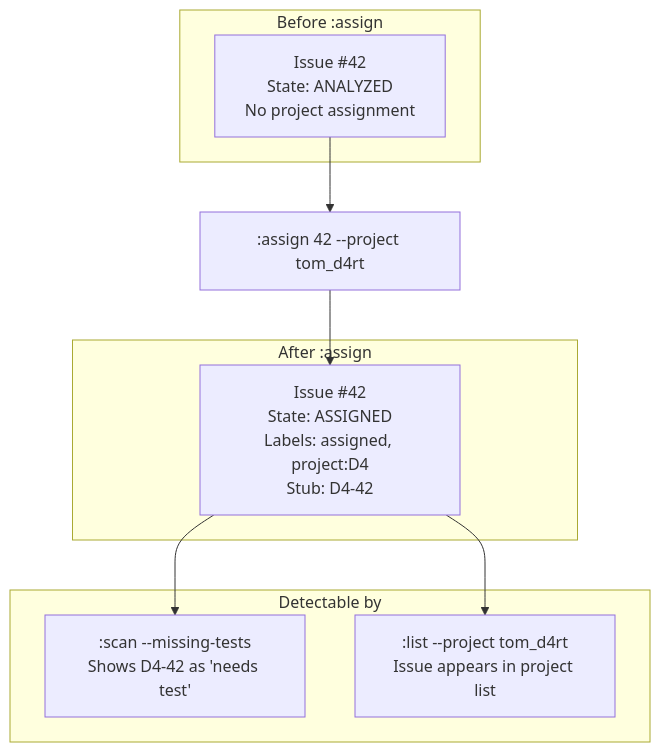
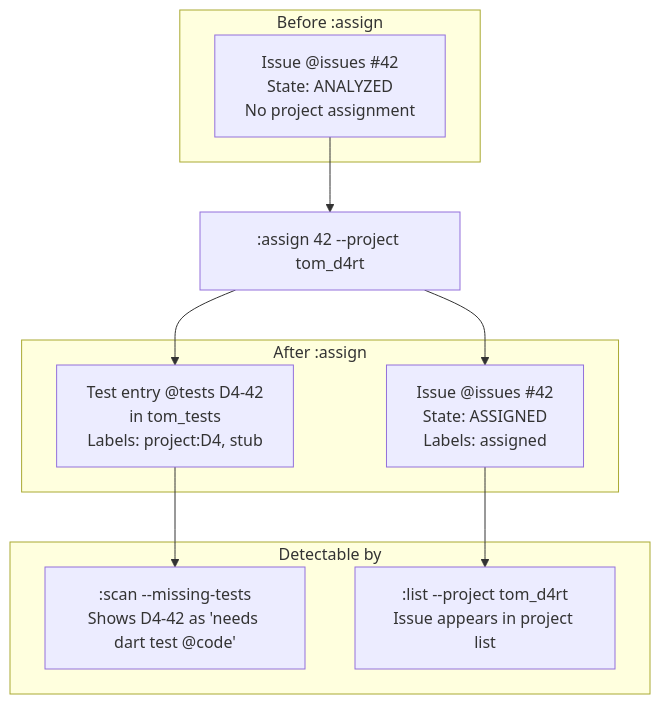
The tenth of 37 diagrams in tom_issue_kit/doc/issuekit_command_reference.md (al-the-bear/tom_module_basics), drawn with Mermaid before and after one commit. The commit also changed other lines of this file and 1 other file, not shown here.

First line of the commit message:
docs: architectural redesign — two issue trackers, @issues/@tests/@code terminology, nightly backup

````diff
--- a/tom_issue_kit/doc/issuekit_command_reference.md
+++ b/tom_issue_kit/doc/issuekit_command_reference.md
@@ -487,21 +496,23 @@
 ```mermaid
 graph TB
     subgraph "Before :assign"
-        I1["Issue #42<br/>State: ANALYZED<br/>No project assignment"]
+        I1["Issue @issues #42<br/>State: ANALYZED<br/>No project assignment"]
     end
 
     A[":assign 42 --project tom_d4rt"]
 
     subgraph "After :assign"
-        I2["Issue #42<br/>State: ASSIGNED<br/>Labels: assigned, project:D4<br/>Stub: D4-42"]
+        I2["Issue @issues #42<br/>State: ASSIGNED<br/>Labels: assigned"]
+        T2["Test entry @tests D4-42<br/>in tom_tests<br/>Labels: project:D4, stub"]
     end
 
     subgraph "Detectable by"
-        S1[":scan --missing-tests<br/>Shows D4-42 as 'needs test'"]
+        S1[":scan --missing-tests<br/>Shows D4-42 as 'needs dart test @code'"]
         S2[":list --project tom_d4rt<br/>Issue appears in project list"]
     end
 
     I1 --> A --> I2
-    I2 --> S1
+    A --> T2
+    T2 --> S1
     I2 --> S2
 ```
````
